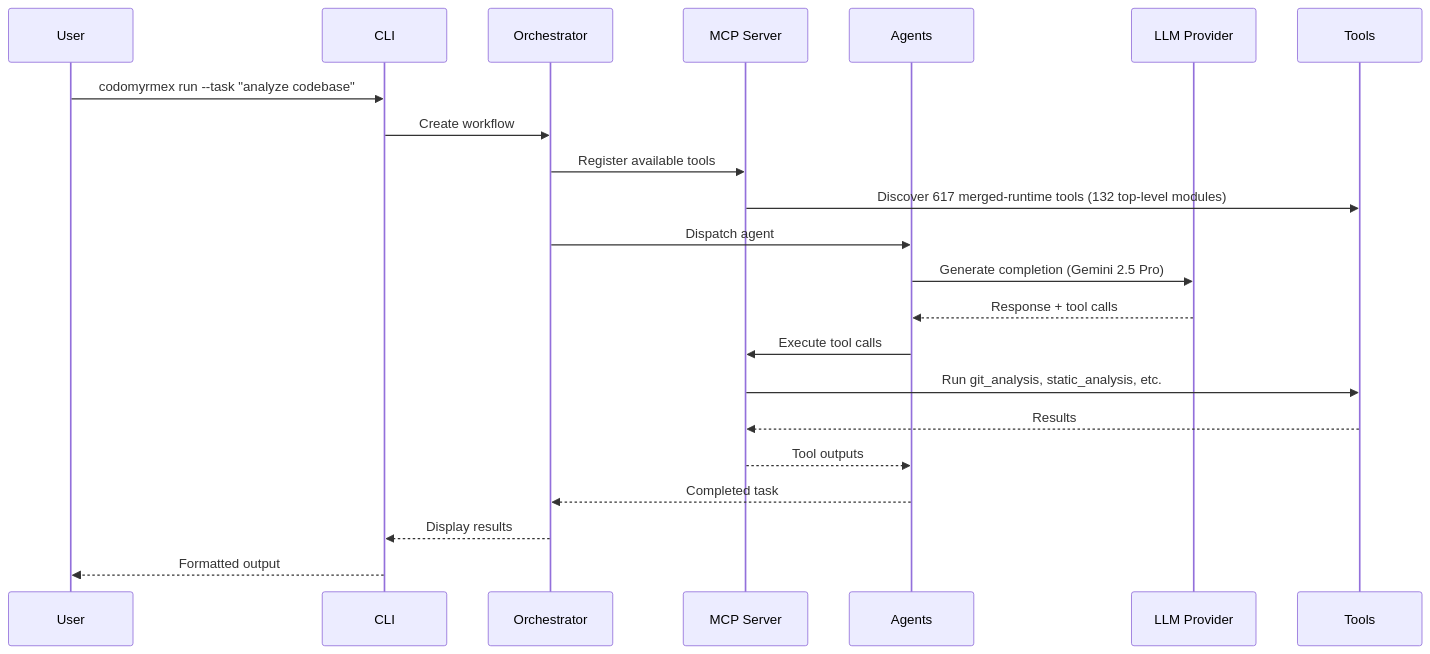
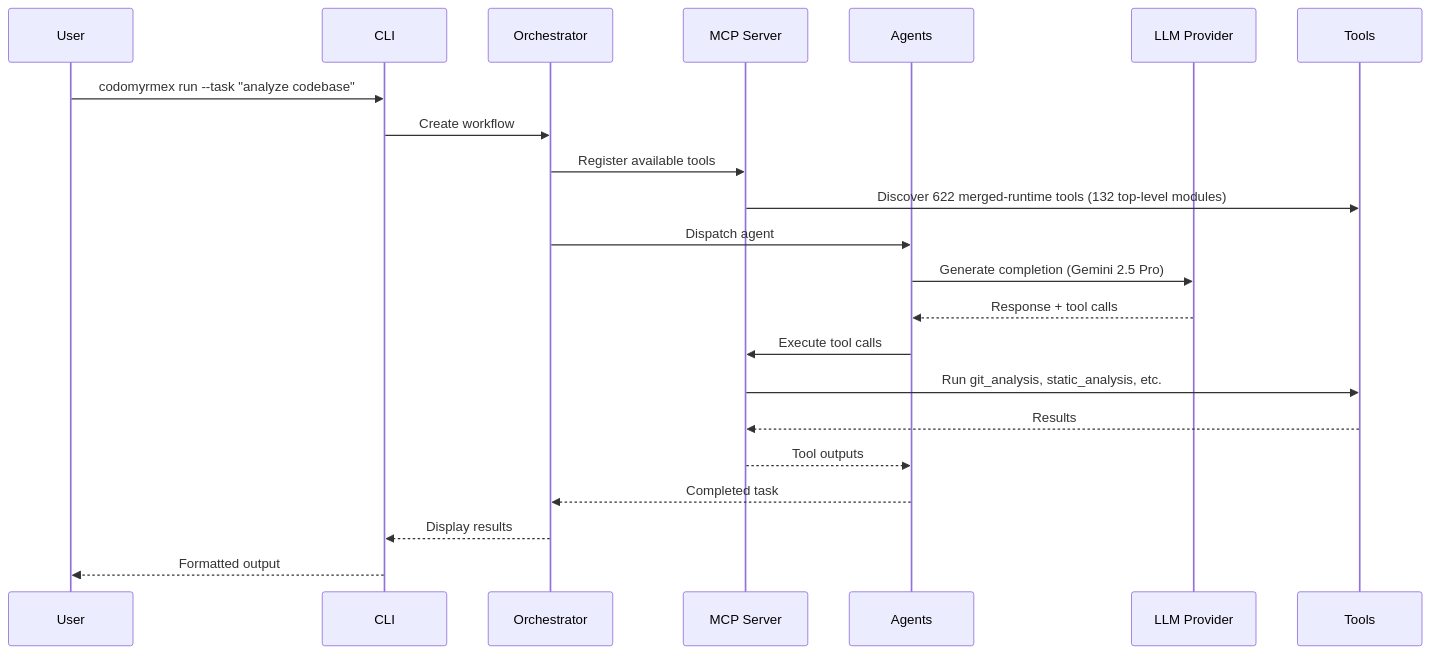
Before and after one commit to docxology/codomyrmex: the third of 7 diagrams in .github/README.md, drawn with Mermaid. The commit also changed other lines of this file and 739 other files, not shown here.

````diff
--- a/.github/README.md
+++ b/.github/README.md
@@ -480,25 +480,25 @@
 ```mermaid
 sequenceDiagram
     participant User
     participant CLI
     participant Orchestrator
     participant MCP as MCP Server
     participant Agents
     participant LLM as LLM Provider
     participant Tools
 
     User->>CLI: codomyrmex run --task "analyze codebase"
     CLI->>Orchestrator: Create workflow
     Orchestrator->>MCP: Register available tools
-    MCP->>Tools: Discover 617 merged-runtime tools (132 top-level modules)
+    MCP->>Tools: Discover 622 merged-runtime tools (132 top-level modules)
     Orchestrator->>Agents: Dispatch agent
     Agents->>LLM: Generate completion (Gemini 2.5 Pro)
     LLM-->>Agents: Response + tool calls
     Agents->>MCP: Execute tool calls
     MCP->>Tools: Run git_analysis, static_analysis, etc.
     Tools-->>MCP: Results
     MCP-->>Agents: Tool outputs
     Agents-->>Orchestrator: Completed task
     Orchestrator-->>CLI: Display results
     CLI-->>User: Formatted output
 ```
````
